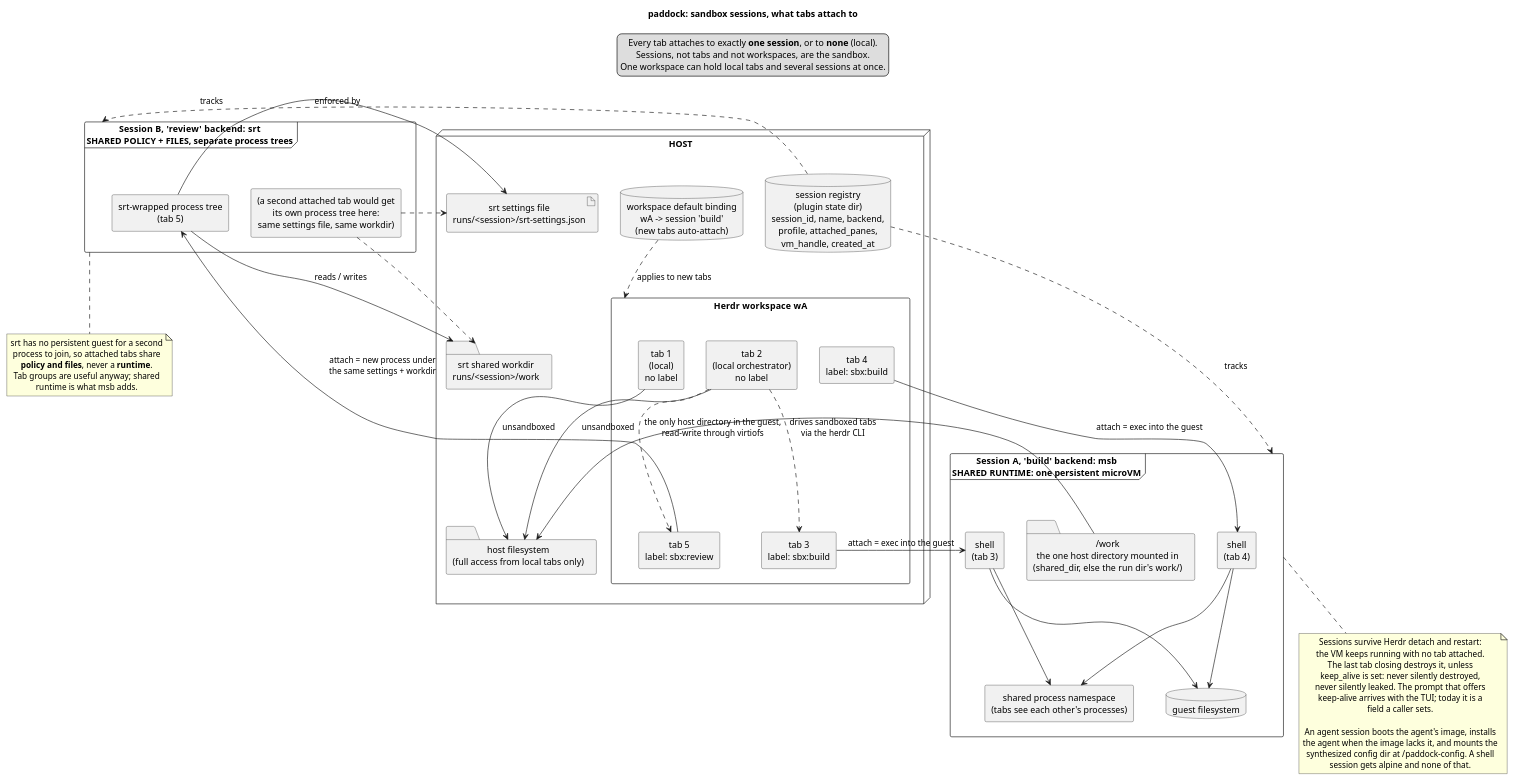
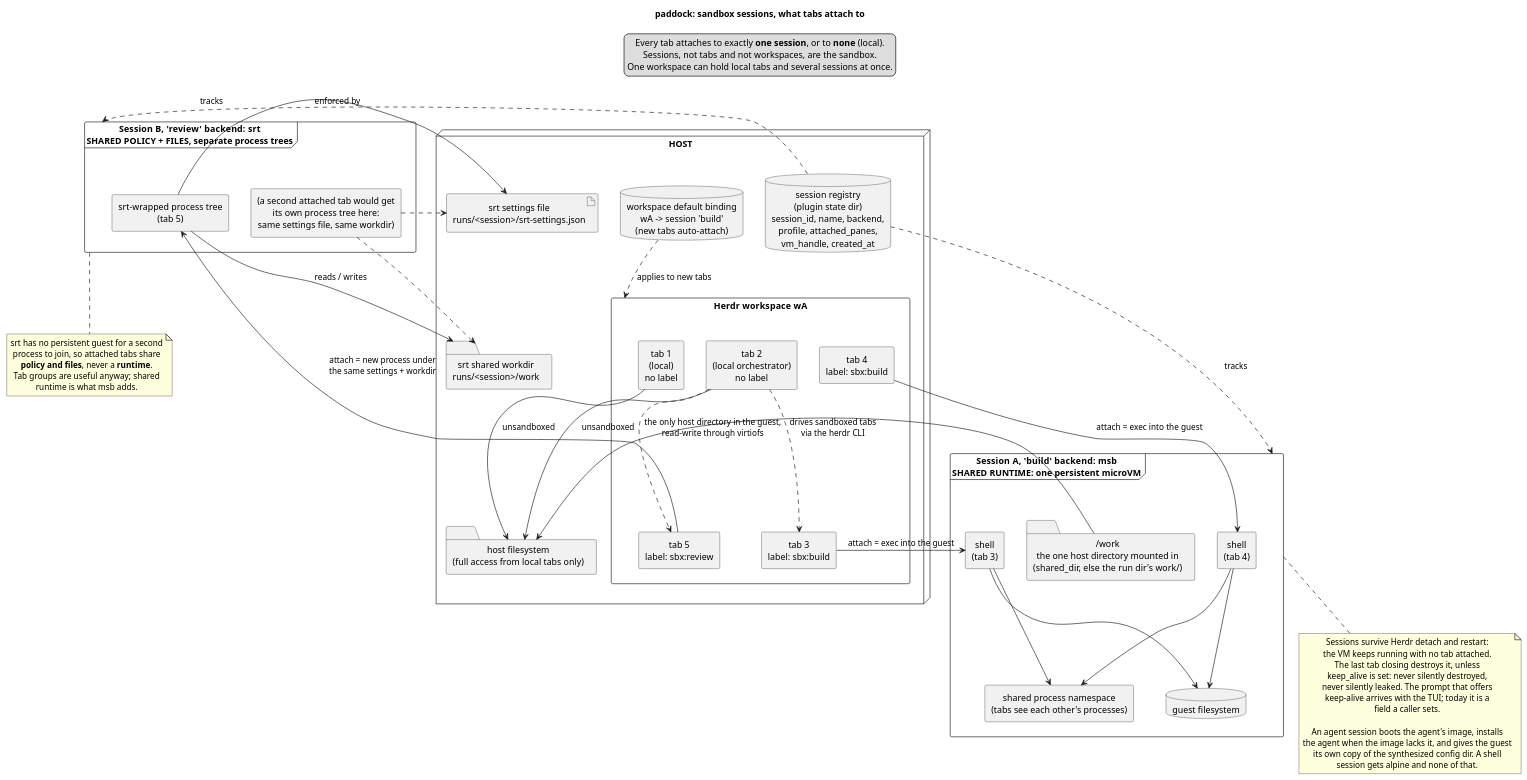
The diagram in docs/diagrams/scoping_model.puml (paddock-sh/paddock), drawn with PlantUML before and after one commit. The commit also changed 11 other files, not shown here.

First line of the commit message:
fix: the guest reads the config dir, and never writes to it

```diff
--- a/docs/diagrams/scoping_model.puml
+++ b/docs/diagrams/scoping_model.puml
@@ -1,94 +1,94 @@
 @startuml scoping_model
 title paddock: sandbox sessions, what tabs attach to
 
 skinparam componentStyle rectangle
 skinparam shadowing false
 skinparam defaultTextAlignment center
 
 legend top
   Every tab attaches to exactly **one session**, or to **none** (local).
   Sessions, not tabs and not workspaces, are the sandbox.
   One workspace can hold local tabs and several sessions at once.
 endlegend
 
 node "HOST" as Host {
 
   component "Herdr workspace  wA" as Ws {
     component "tab 1\n(local)\nno label" as T1
     component "tab 2\n(local orchestrator)\nno label" as T2
     component "tab 3\nlabel: sbx:build" as T3
     component "tab 4\nlabel: sbx:build" as T4
     component "tab 5\nlabel: sbx:review" as T5
   }
 
   database "session registry\n(plugin state dir)\nsession_id, name, backend,\nprofile, attached_panes,\nvm_handle, created_at" as Registry
 
   database "workspace default binding\nwA -> session 'build'\n(new tabs auto-attach)" as Binding
 
   folder "host filesystem\n(full access from local tabs only)" as HostFs
 
   folder "srt shared workdir\nruns/<session>/work" as SrtWork
   artifact "srt settings file\nruns/<session>/srt-settings.json" as SrtSettings
 }
 
 frame "Session A, 'build'   backend: msb\nSHARED RUNTIME: one persistent microVM" as SessionA {
   component "shell\n(tab 3)" as G3
   component "shell\n(tab 4)" as G4
   database "guest filesystem" as GuestFs
   component "shared process namespace\n(tabs see each other's processes)" as GuestProcs
   folder "/work\nthe one host directory mounted in\n(shared_dir, else the run dir's work/)" as GuestWork
 }
 
 frame "Session B, 'review'   backend: srt\nSHARED POLICY + FILES, separate process trees" as SessionB {
   component "srt-wrapped process tree\n(tab 5)" as P5
   component "(a second attached tab would get\nits own process tree here:\nsame settings file, same workdir)" as P6
 }
 
 T1 --> HostFs : unsandboxed
 T2 --> HostFs : unsandboxed
 T2 ..> T3 : drives sandboxed tabs\nvia the herdr CLI
 T2 ..> T5
 
 T3 --> G3 : attach = exec into the guest
 T4 --> G4 : attach = exec into the guest
 G3 --> GuestFs
 G4 --> GuestFs
 G3 --> GuestProcs
 G4 --> GuestProcs
 GuestWork --> HostFs : the only host directory in the guest,\nread-write through virtiofs
 
 T5 --> P5 : attach = new process under\nthe same settings + workdir
 P5 --> SrtSettings : enforced by
 P6 ..> SrtSettings
 P5 --> SrtWork : reads / writes
 P6 ..> SrtWork
 SrtWork -[hidden]- HostFs
 
 Registry ..> SessionA : tracks
 Registry ..> SessionB : tracks
 Binding ..> Ws : applies to new tabs
 
 note bottom of SessionA
   Sessions survive Herdr detach and restart:
   the VM keeps running with no tab attached.
   The last tab closing destroys it, unless
   keep_alive is set: never silently destroyed,
   never silently leaked. The prompt that offers
   keep-alive arrives with the TUI; today it is a
   field a caller sets.
 
   An agent session boots the agent's image, installs
-  the agent when the image lacks it, and mounts the
-  synthesized config dir at /paddock-config. A shell
+  the agent when the image lacks it, and gives the guest
+  its own copy of the synthesized config dir. A shell
   session gets alpine and none of that.
 end note
 
 note bottom of SessionB
   srt has no persistent guest for a second
   process to join, so attached tabs share
   **policy and files**, never a **runtime**.
   Tab groups are useful anyway; shared
   runtime is what msb adds.
 end note
 
 @enduml
```
